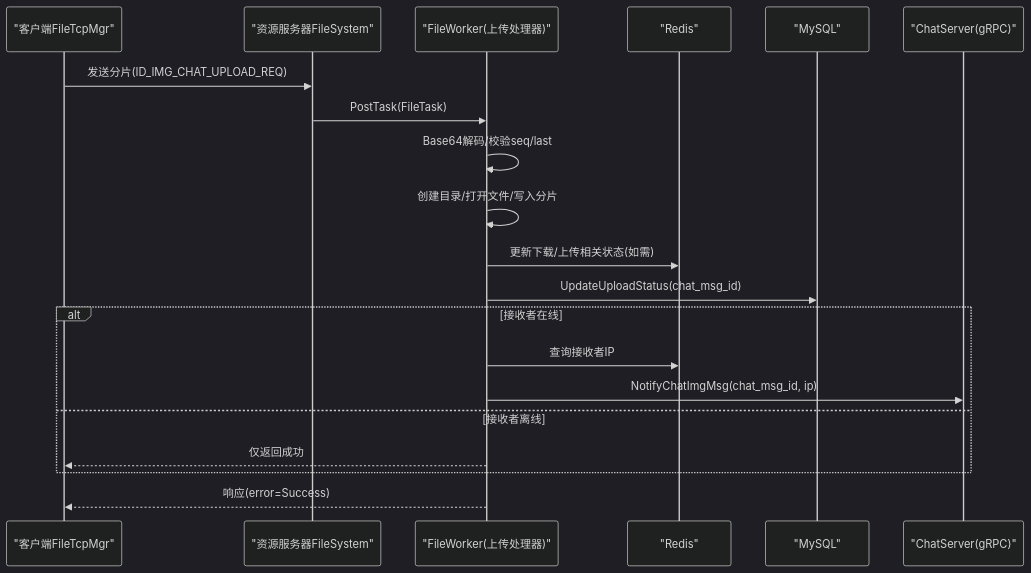
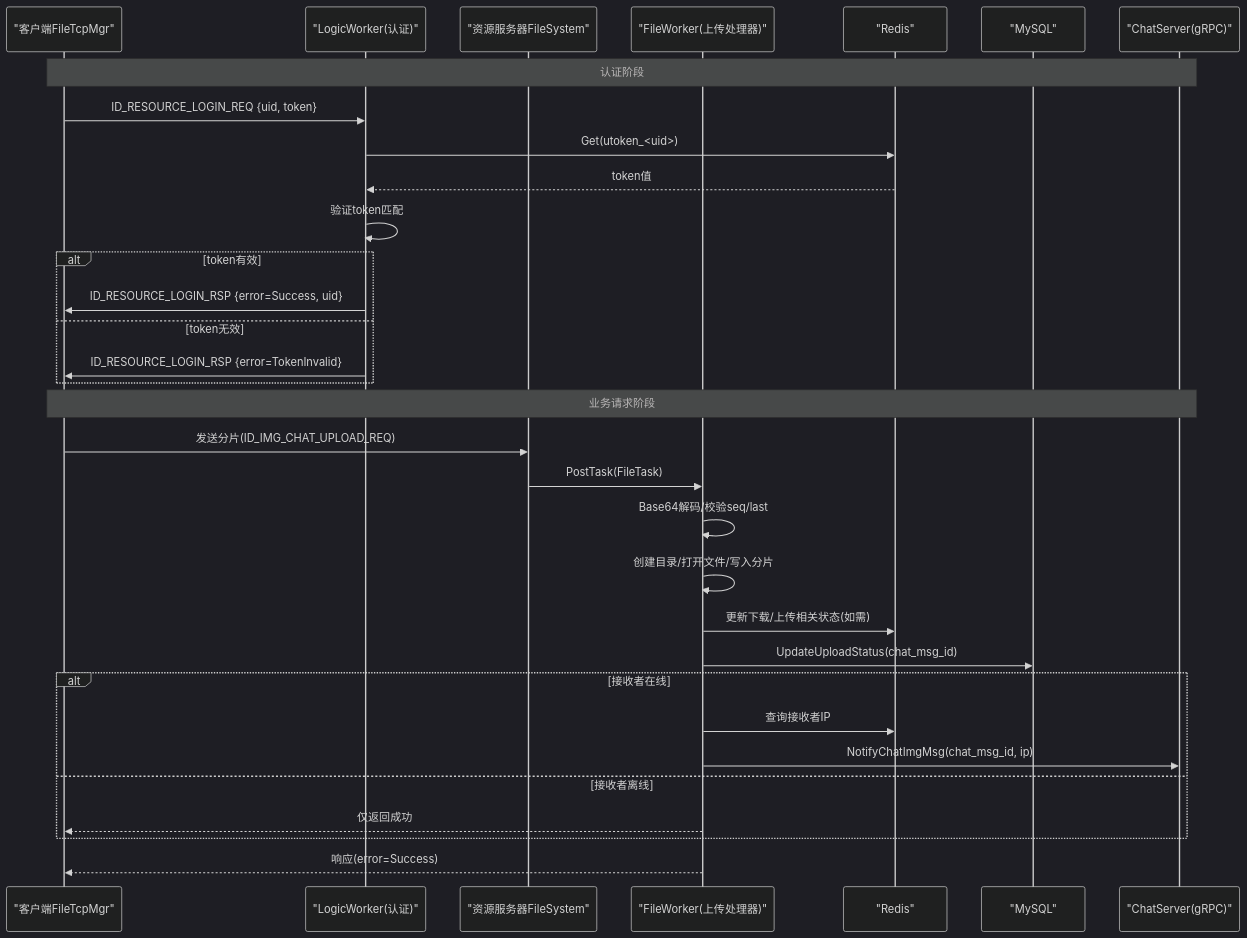
Before and after one commit to echo9923/mychatter: the second of 7 diagrams in .qoder/repowiki/zh/content/服务端开发/ResourceServer资源存储服务/安全验证机制.md, drawn with Mermaid (dark theme). The commit also changed other lines of this file and 58 other files, not shown here.

````diff
--- a/.qoder/repowiki/zh/content/服务端开发/ResourceServer资源存储服务/安全验证机制.md
+++ b/.qoder/repowiki/zh/content/服务端开发/ResourceServer资源存储服务/安全验证机制.md
@@ -109,22 +137,34 @@
 ```mermaid
 sequenceDiagram
 participant Client as "客户端FileTcpMgr"
+participant LW as "LogicWorker(认证)"
 participant FS as "资源服务器FileSystem"
 participant FW as "FileWorker(上传处理器)"
 participant R as "Redis"
 participant M as "MySQL"
 participant ChatSrv as "ChatServer(gRPC)"
+Note over Client,ChatSrv : 认证阶段
+Client->>LW : ID_RESOURCE_LOGIN_REQ {uid, token}
+LW->>R : Get(utoken_<uid>)
+R-->>LW : token值
+LW->>LW : 验证token匹配
+alt token有效
+LW->>Client : ID_RESOURCE_LOGIN_RSP {error=Success, uid}
+else token无效
+LW->>Client : ID_RESOURCE_LOGIN_RSP {error=TokenInvalid}
+end
+Note over Client,ChatSrv : 业务请求阶段
 Client->>FS : 发送分片(ID_IMG_CHAT_UPLOAD_REQ)
 FS->>FW : PostTask(FileTask)
 FW->>FW : Base64解码/校验seq/last
 FW->>FW : 创建目录/打开文件/写入分片
 FW->>R : 更新下载/上传相关状态(如需)
 FW->>M : UpdateUploadStatus(chat_msg_id)
 alt 接收者在线
 FW->>R : 查询接收者IP
 FW->>ChatSrv : NotifyChatImgMsg(chat_msg_id, ip)
 else 接收者离线
 FW-->>Client : 仅返回成功
 end
 FW-->>Client : 响应(error=Success)
 ```
````
